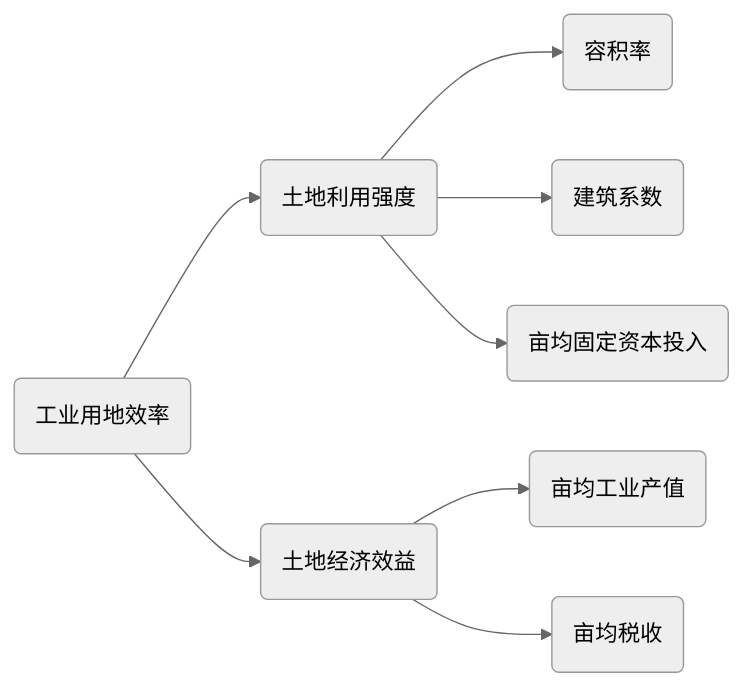
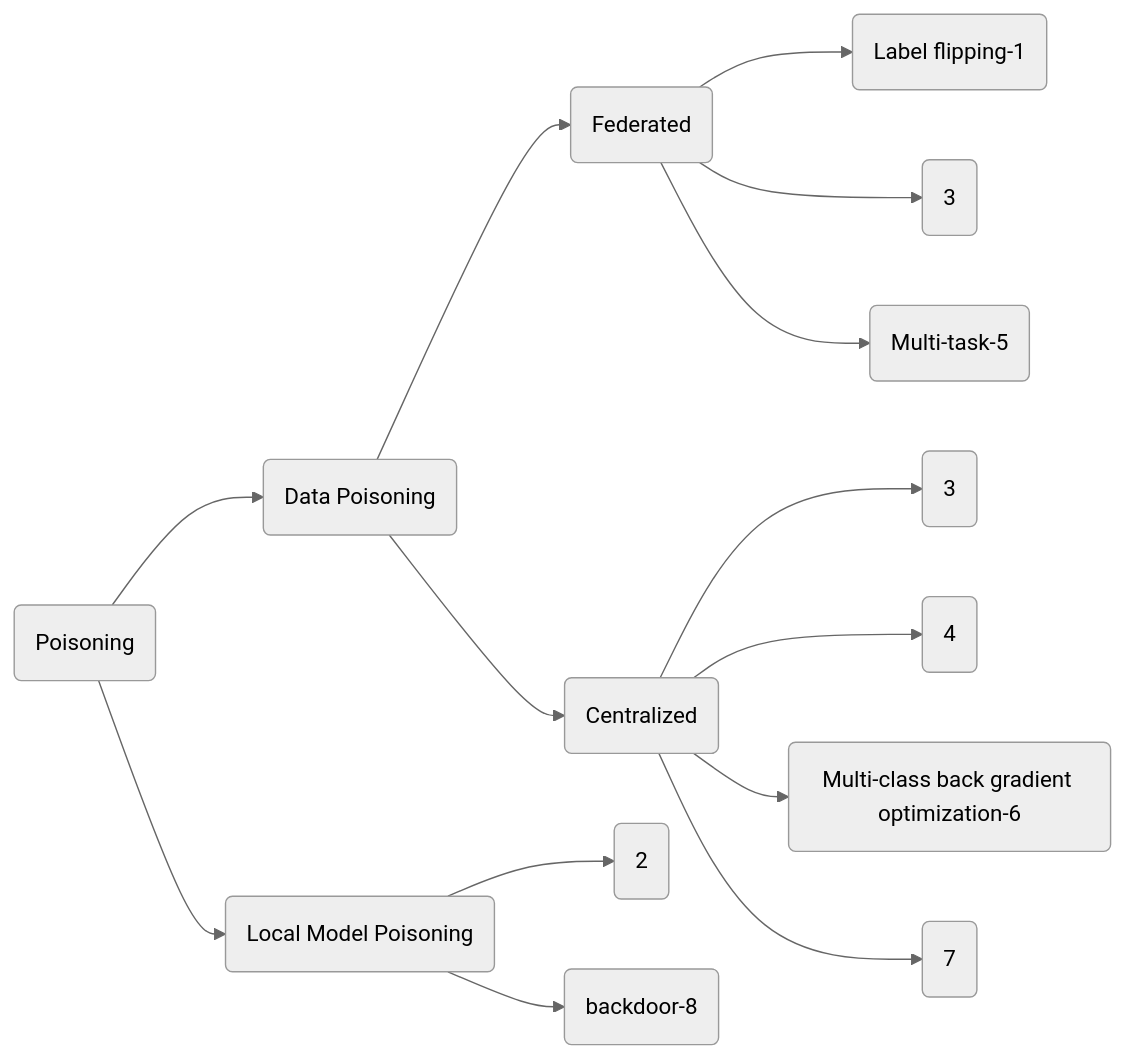
One commit to GillHuang-Xtler/flPapers changed the second of 2 diagrams in README.md. Above: the diagram before and after it, drawn with Mermaid (neutral theme). The commit also changed other lines of this file, not shown here.

````diff
--- a/README.md
+++ b/README.md
@@ -141,10 +259,16 @@
 ```mermaid
 graph LR
-A(工业用地效率)-->B1(土地利用强度)
-A-->B2(土地经济效益)
-B1-->C1(容积率)
-B1-->C2(建筑系数)
-B1-->C3(亩均固定资本投入)
-B2-->D1(亩均工业产值)
-B2-->D2(亩均税收)
+A(Poisoning)-->B1(Data Poisoning)
+A-->B2(Local Model Poisoning)
+B1-->C1(Federated)
+B1-->C2(Centralized)
+B2-->D1(2)
+B2-->D2(backdoor-8)
+C1-->G1(Label flipping-1)
+C1-->G2(3)
+C1-->G3(Multi-task-5)
+C2-->H1(3)
+C2-->H2(4)
+C2-->H3(Multi-class back gradient optimization-6)
+C2-->H4(7)
 ```
````
